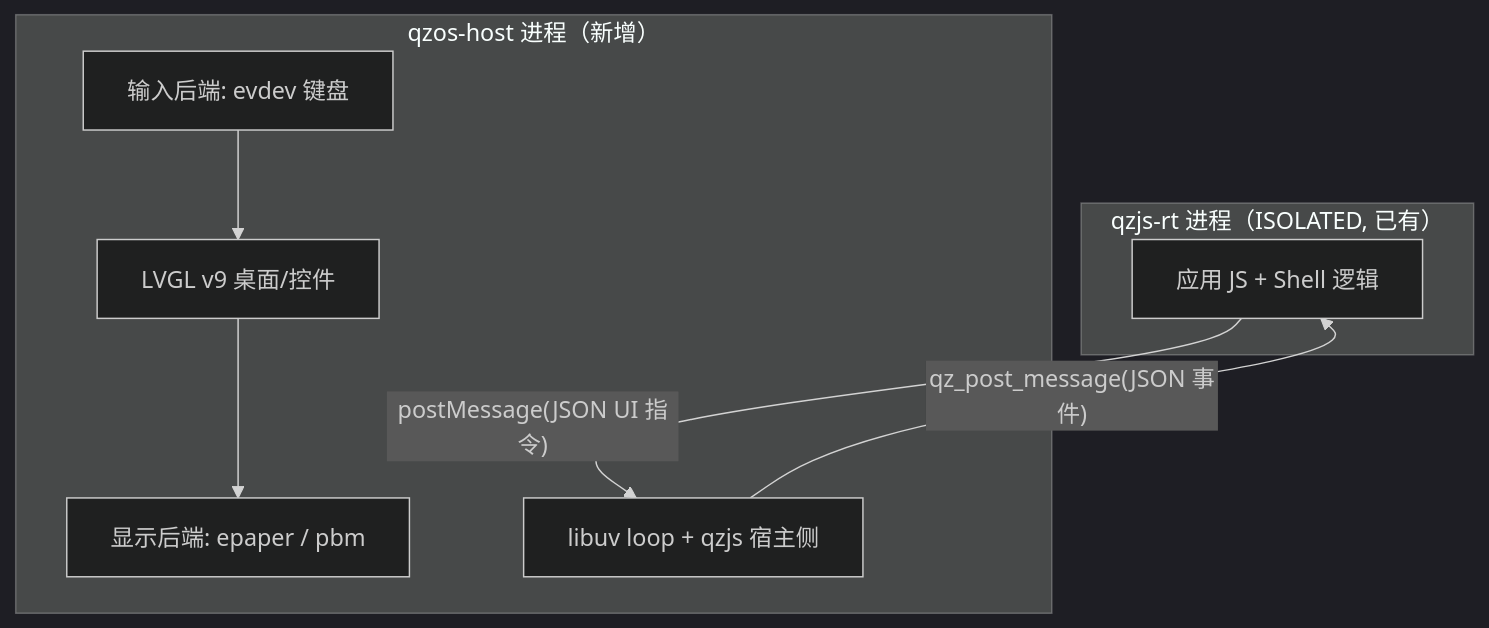
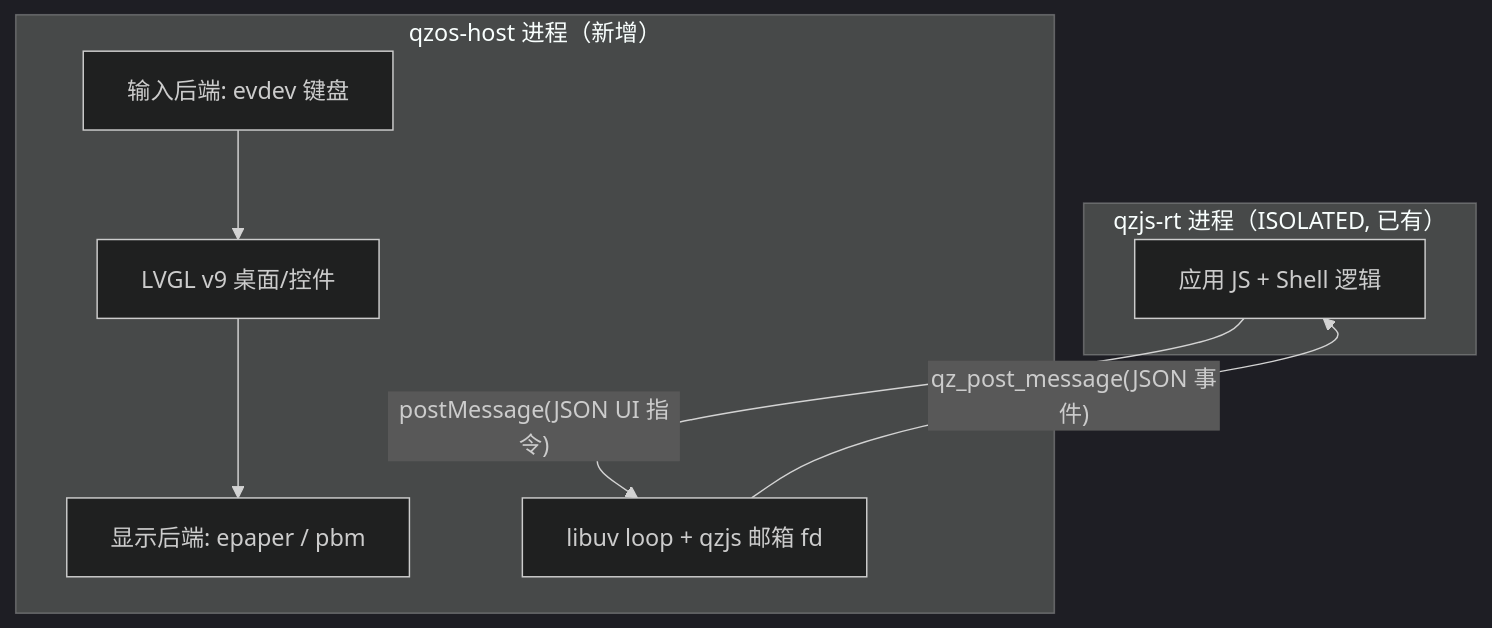
Before and after one commit to adam-ikari/qzos: the diagram in brain/pages/qzos-ui-architecture.md, drawn with Mermaid (dark theme). The commit also changed other lines of this file and 3 other files, not shown here.

````diff
--- a/brain/pages/qzos-ui-architecture.md
+++ b/brain/pages/qzos-ui-architecture.md
@@ -16,16 +16,16 @@
 ```mermaid
 graph TB
   subgraph JSProc["qzjs-rt 进程（ISOLATED, 已有）"]
     APP["应用 JS + Shell 逻辑"]
   end
   subgraph Host["qzos-host 进程（新增）"]
     LVGL["LVGL v9 桌面/控件"]
     DISP["显示后端: epaper / pbm"]
     IN["输入后端: evdev 键盘"]
-    RT["libuv loop + qzjs 宿主侧"]
+    RT["libuv loop + qzjs 邮箱 fd"]
   end
   APP -->|"postMessage(JSON UI 指令)"| RT
   RT -->|"qz_post_message(JSON 事件)"| APP
   LVGL --> DISP
   IN --> LVGL
 ```
````
